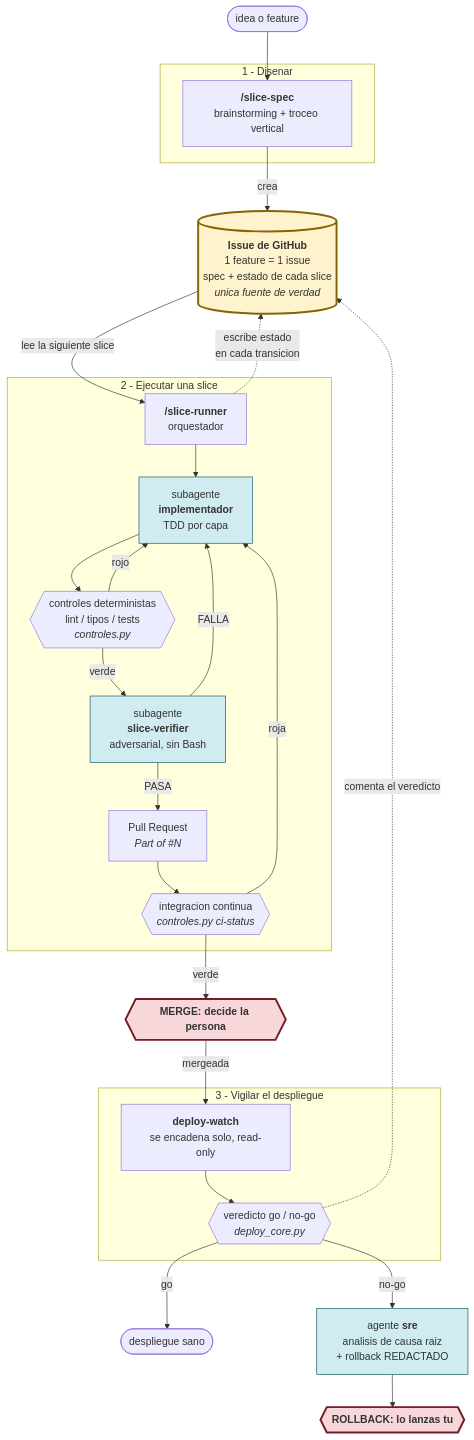
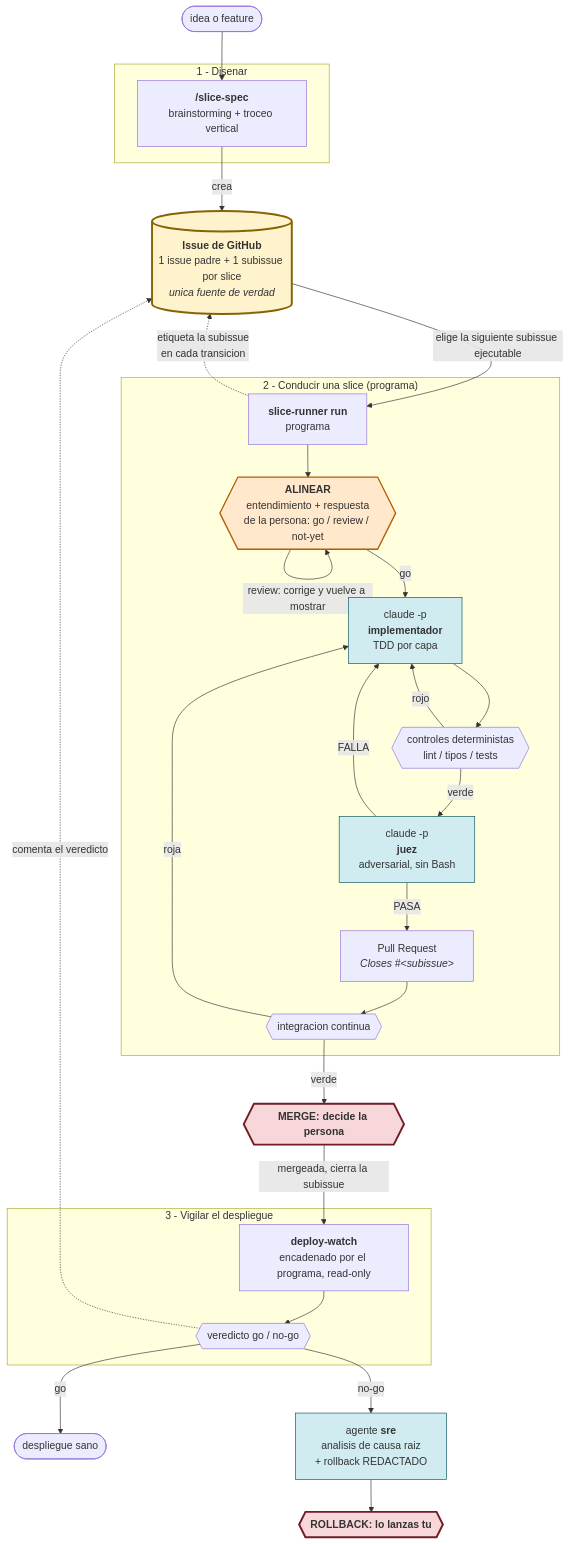
The diagram in README.md (alcaptar/agentic-skills), drawn with Mermaid before and after one commit. The commit also changed other lines of this file, not shown here.

````diff
--- a/README.md
+++ b/README.md
@@ -39,53 +41,57 @@
 ```mermaid
 flowchart TD
     idea([idea o feature]) --> spec
 
     subgraph spec_phase["1 - Disenar"]
         spec["<b>/slice-spec</b><br/>brainstorming + troceo vertical"]
     end
 
-    spec -->|crea| issue[("<b>Issue de GitHub</b><br/>1 feature = 1 issue<br/>spec + estado de cada slice<br/><i>unica fuente de verdad</i>")]
+    spec -->|crea| issue[("<b>Issue de GitHub</b><br/>1 issue padre + 1 subissue por slice<br/><i>unica fuente de verdad</i>")]
 
-    issue -->|"lee la siguiente slice"| runner
+    issue -->|"elige la siguiente subissue ejecutable"| runner
 
-    subgraph runner_phase["2 - Ejecutar una slice"]
-        runner["<b>/slice-runner</b><br/>orquestador"]
-        impl["subagente<br/><b>implementador</b><br/>TDD por capa"]
-        ctrl{{"controles deterministas<br/>lint / tipos / tests<br/><i>controles.py</i>"}}
-        verif["subagente<br/><b>slice-verifier</b><br/>adversarial, sin Bash"]
-        pr["Pull Request<br/><i>Part of #N</i>"]
-        ci{{"integracion continua<br/><i>controles.py ci-status</i>"}}
+    subgraph runner_phase["2 - Conducir una slice (programa)"]
+        runner["<b>slice-runner run</b><br/>programa"]
+        align{{"<b>ALINEAR</b><br/>entendimiento + respuesta<br/>de la persona: go / review / not-yet"}}
+        impl["claude -p<br/><b>implementador</b><br/>TDD por capa"]
+        ctrl{{"controles deterministas<br/>lint / tipos / tests"}}
+        verif["claude -p<br/><b>juez</b><br/>adversarial, sin Bash"]
+        pr["Pull Request<br/><i>Closes #&lt;subissue&gt;</i>"]
+        ci{{"integracion continua"}}
 
-        runner --> impl --> ctrl
+        runner --> align
+        align -->|"review: corrige y vuelve a mostrar"| align
+        align -->|go| impl --> ctrl
         ctrl -->|rojo| impl
         ctrl -->|verde| verif
         verif -->|FALLA| impl
         verif -->|PASA| pr --> ci
         ci -->|roja| impl
     end
 
     ci -->|verde| gate1
 
     gate1{{"<b>MERGE: decide la persona</b>"}}
-    gate1 -->|mergeada| watch
+    gate1 -->|"mergeada, cierra la subissue"| watch
 
     subgraph watch_phase["3 - Vigilar el despliegue"]
-        watch["<b>deploy-watch</b><br/>se encadena solo, read-only"]
-        core{{"veredicto go / no-go<br/><i>deploy_core.py</i>"}}
+        watch["<b>deploy-watch</b><br/>encadenado por el programa, read-only"]
+        core{{"veredicto go / no-go"}}
         watch --> core
     end
 
     core -->|go| ok([despliegue sano])
     core -->|no-go| rca["agente <b>sre</b><br/>analisis de causa raiz<br/>+ rollback REDACTADO"]
     rca --> gate2{{"<b>ROLLBACK: lo lanzas tu</b>"}}
 
-    runner -.->|"escribe estado<br/>en cada transicion"| issue
+    runner -.->|"etiqueta la subissue<br/>en cada transicion"| issue
     core -.->|"comenta el veredicto"| issue
 
     style issue fill:#fff3cd,stroke:#856404,stroke-width:3px
+    style align fill:#ffe8cc,stroke:#b35c00,stroke-width:2px
     style gate1 fill:#f8d7da,stroke:#721c24,stroke-width:3px
     style gate2 fill:#f8d7da,stroke:#721c24,stroke-width:3px
     style verif fill:#d1ecf1,stroke:#0c5460
     style impl fill:#d1ecf1,stroke:#0c5460
     style rca fill:#d1ecf1,stroke:#0c5460
 ```
````
